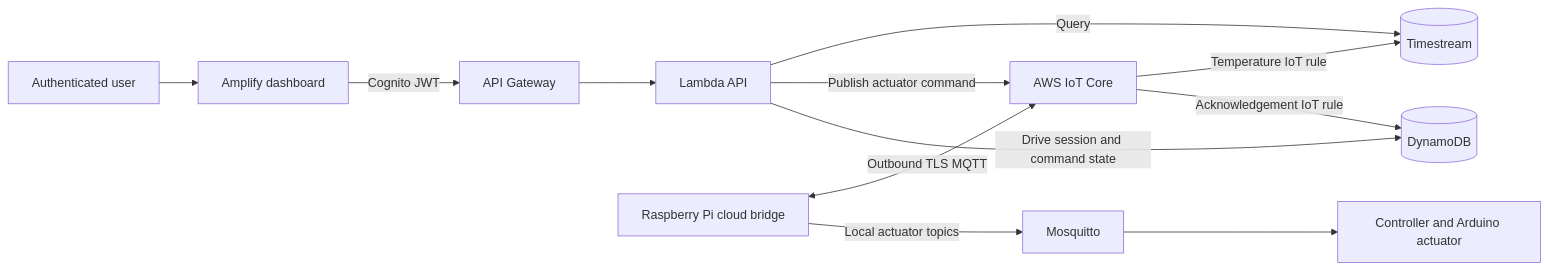
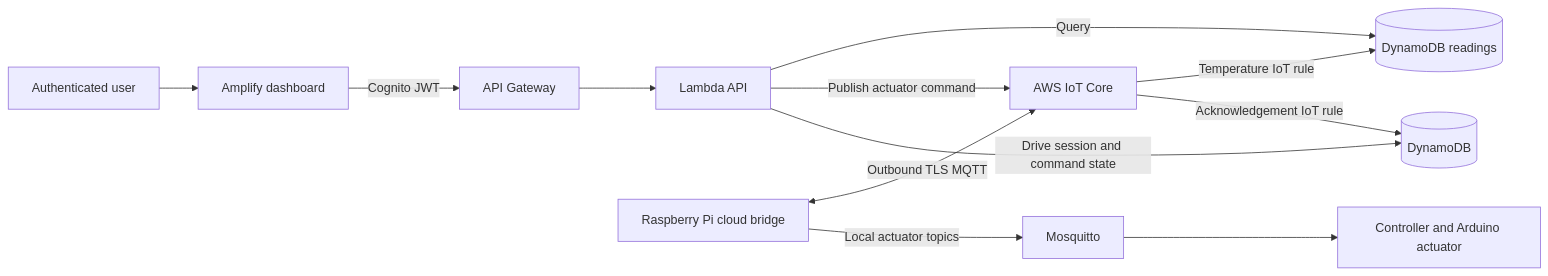
One commit to tom-rietzke/smart-systems changed the diagram in docs/superpowers/specs/2026-10-01-amplify-dashboard-design.md. Above: the diagram before and after it, drawn with Mermaid. The commit also changed other lines of this file and 12 other files, not shown here.

````diff
--- a/docs/superpowers/specs/2026-10-01-amplify-dashboard-design.md
+++ b/docs/superpowers/specs/2026-10-01-amplify-dashboard-design.md
@@ -43,14 +42,14 @@
 ```mermaid
 flowchart LR
     U[Authenticated user] --> A[Amplify dashboard]
     A -->|Cognito JWT| G[API Gateway]
     G --> L[Lambda API]
-    L -->|Query| T[(Timestream)]
+    L -->|Query| T[(DynamoDB readings)]
     L -->|Publish actuator command| I[AWS IoT Core]
     L -->|Drive session and command state| D[(DynamoDB)]
     P[Raspberry Pi cloud bridge] <-->|Outbound TLS MQTT| I
     P -->|Local actuator topics| M[Mosquitto]
     M --> C[Controller and Arduino actuator]
     I -->|Temperature IoT rule| T
     I -->|Acknowledgement IoT rule| D
 ```
````
